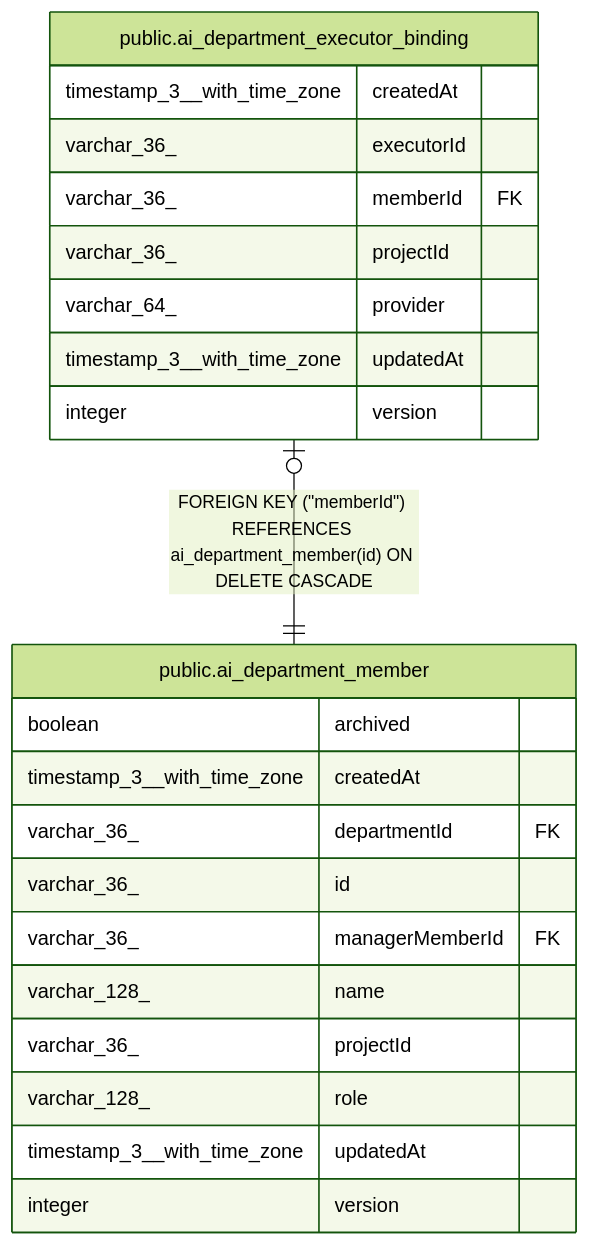
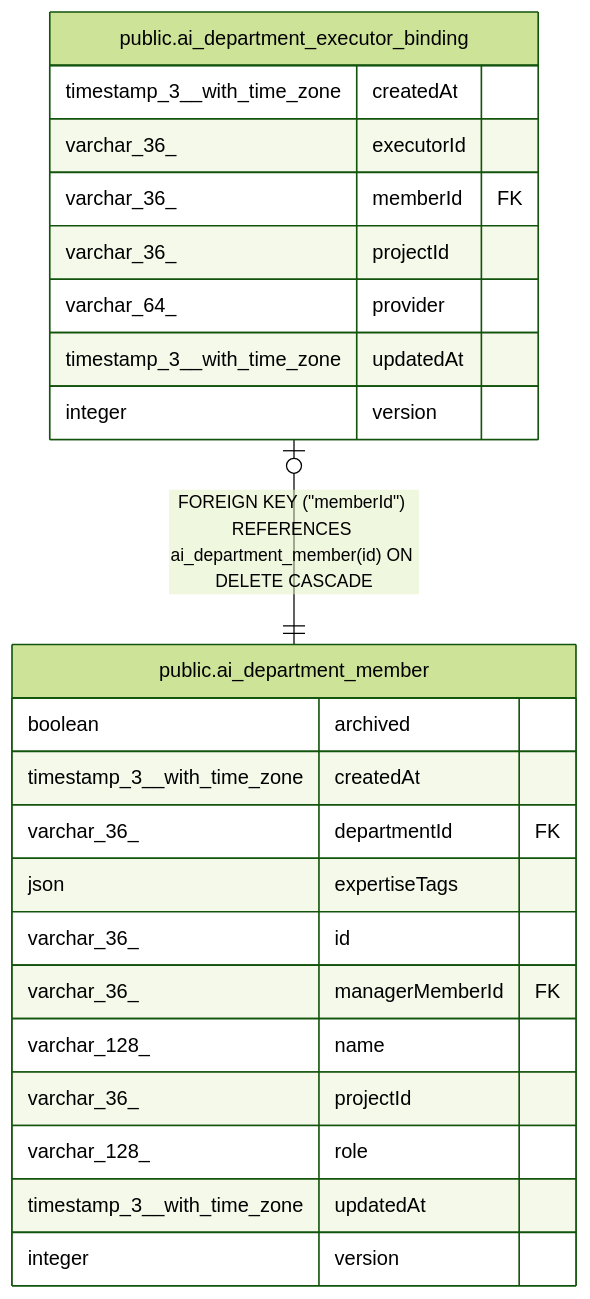
One commit to haison1234/Nexora changed the diagram in docs/generated/postgres-schema/public.ai_department_executor_binding.md. Above: the diagram before and after it, drawn with Mermaid (forest theme). The commit also changed 524 other files, not shown here.

````diff
--- a/docs/generated/postgres-schema/public.ai_department_executor_binding.md
+++ b/docs/generated/postgres-schema/public.ai_department_executor_binding.md
@@ -37,27 +37,28 @@
 ```mermaid
 erDiagram
 
 "public.ai_department_executor_binding" |o--|| "public.ai_department_member" : "FOREIGN KEY (#quot;memberId#quot;) REFERENCES ai_department_member(id) ON DELETE CASCADE"
 
 "public.ai_department_executor_binding" {
   timestamp_3__with_time_zone createdAt
   varchar_36_ executorId
   varchar_36_ memberId FK
   varchar_36_ projectId
   varchar_64_ provider
   timestamp_3__with_time_zone updatedAt
   integer version
 }
 "public.ai_department_member" {
   boolean archived
   timestamp_3__with_time_zone createdAt
   varchar_36_ departmentId FK
+  json expertiseTags
   varchar_36_ id
   varchar_36_ managerMemberId FK
   varchar_128_ name
   varchar_36_ projectId
   varchar_128_ role
   timestamp_3__with_time_zone updatedAt
   integer version
 }
 ```
````
